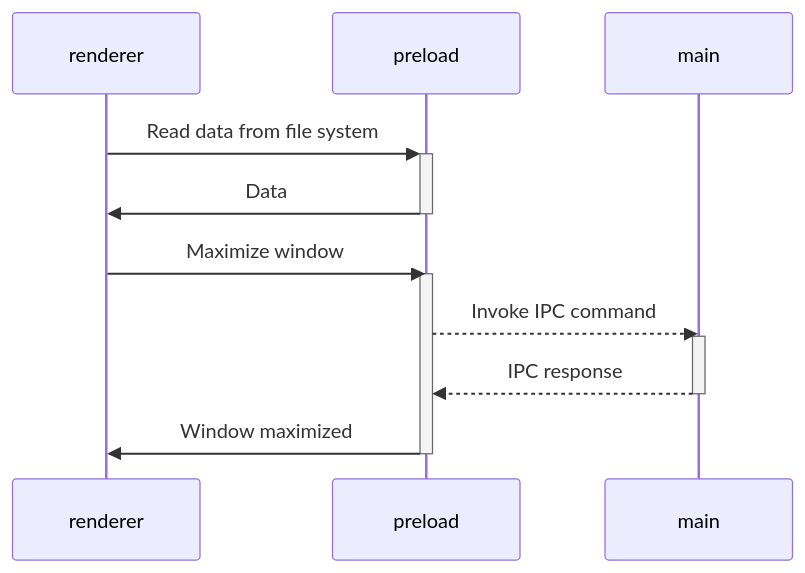
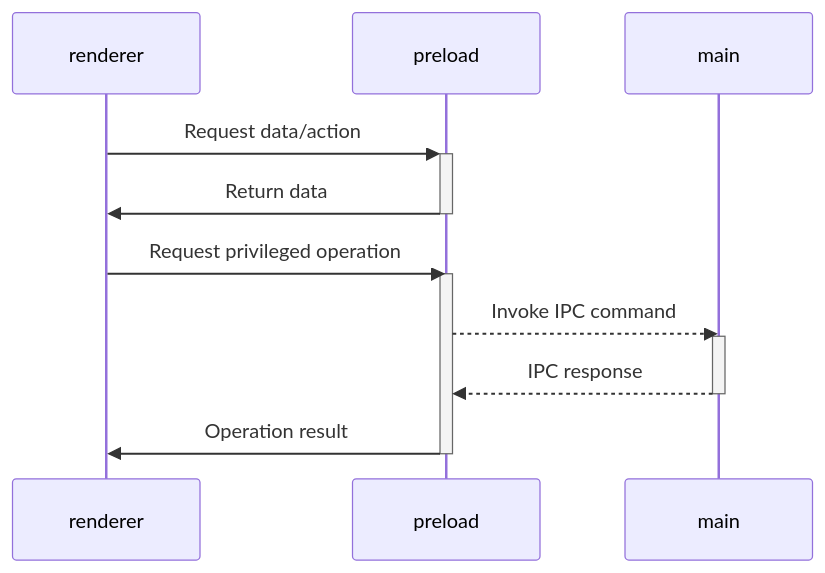
One commit to buff-sudo/Smyles-Station changed the diagram in README.md. Above: the diagram before and after it, drawn with Mermaid. The commit also changed other lines of this file, not shown here.

````diff
--- a/README.md
+++ b/README.md
@@ -189,13 +80,13 @@
 ```mermaid
 sequenceDiagram
-renderer->>+preload: Read data from file system
-preload->>-renderer: Data
-renderer->>preload: Maximize window
+renderer->>+preload: Request data/action
+preload->>-renderer: Return data
+renderer->>preload: Request privileged operation
 activate preload
 preload-->>main: Invoke IPC command
 activate main
 main-->>preload: IPC response
 deactivate main
-preload->>renderer: Window maximized
+preload->>renderer: Operation result
 deactivate preload
 ```
````
